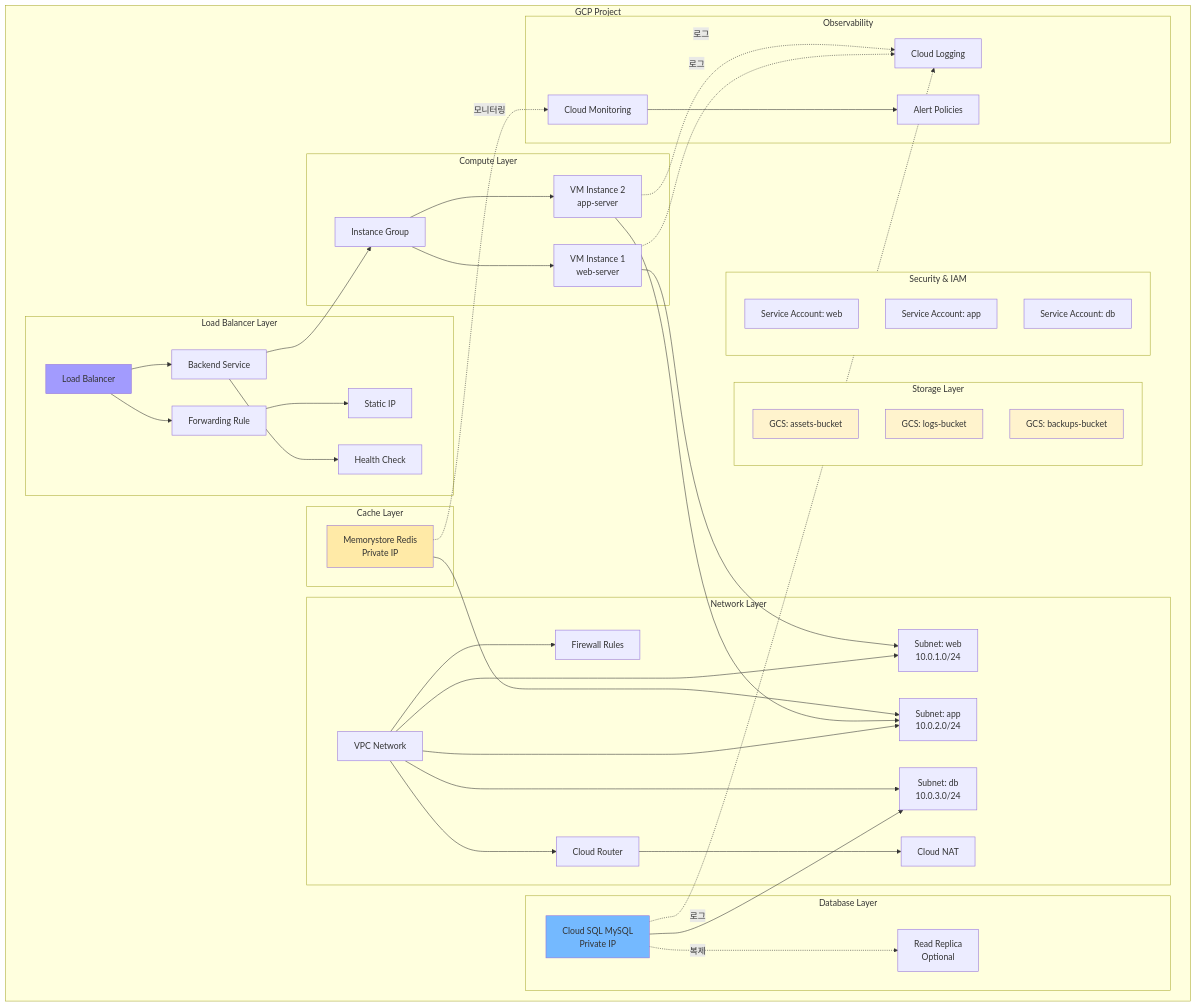
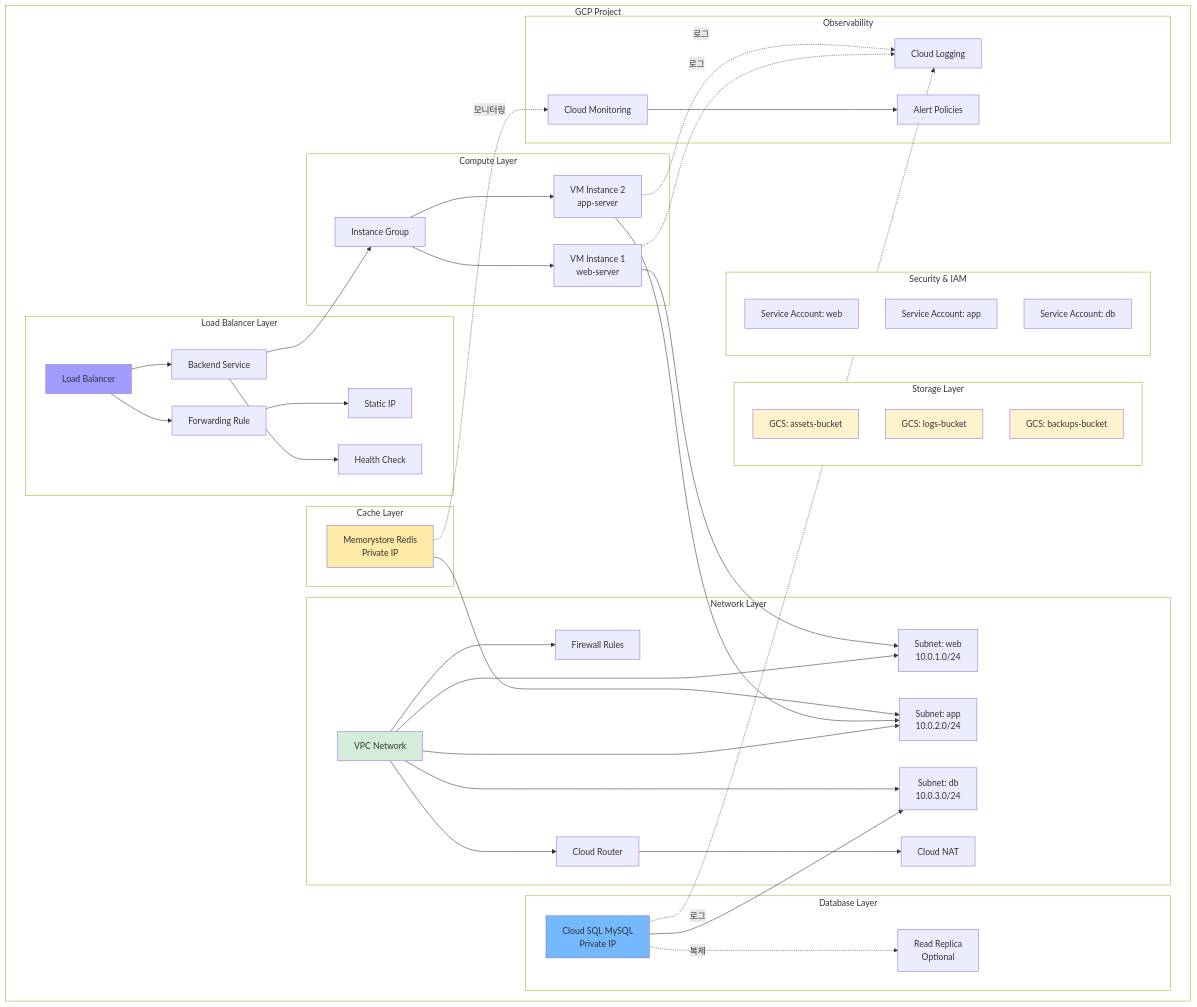
The fifth of 9 diagrams in terraform_gcp_infra/docs/architecture/diagrams.md (JSJ2337/GCP_terraform_code), drawn with Mermaid before and after one commit. The commit also changed other lines of this file and 4 other files, not shown here.

First line of the commit message:
fix: Mermaid style 라인 분리로 텍스트 겹침 문제 해결

```diff
--- a/terraform_gcp_infra/docs/architecture/diagrams.md
+++ b/terraform_gcp_infra/docs/architecture/diagrams.md
@@ -341,7 +347,16 @@
     REDIS -.모니터링.-> MON
     MON --> ALERT
 
-    style GCP_Project fill:#ffffff    style Network_Layer fill:#ffffff    style Storage_Layer fill:#ffffff    style Compute_Layer fill:#ffffff    style Database_Layer fill:#ffffff    style Cache_Layer fill:#ffffff    style LB_Layer fill:#ffffff    style Security_IAM fill:#ffffff    style Observability_Layer fill:#ffffff    style VPC fill:#d4edda
+    style GCP_Project fill:#ffffff
+    style Network_Layer fill:#ffffff
+    style Storage_Layer fill:#ffffff
+    style Compute_Layer fill:#ffffff
+    style Database_Layer fill:#ffffff
+    style Cache_Layer fill:#ffffff
+    style LB_Layer fill:#ffffff
+    style Security_IAM fill:#ffffff
+    style Observability_Layer fill:#ffffff
+    style VPC fill:#d4edda
     style SQL fill:#74b9ff
     style REDIS fill:#ffeaa7
     style LB fill:#a29bfe
```
